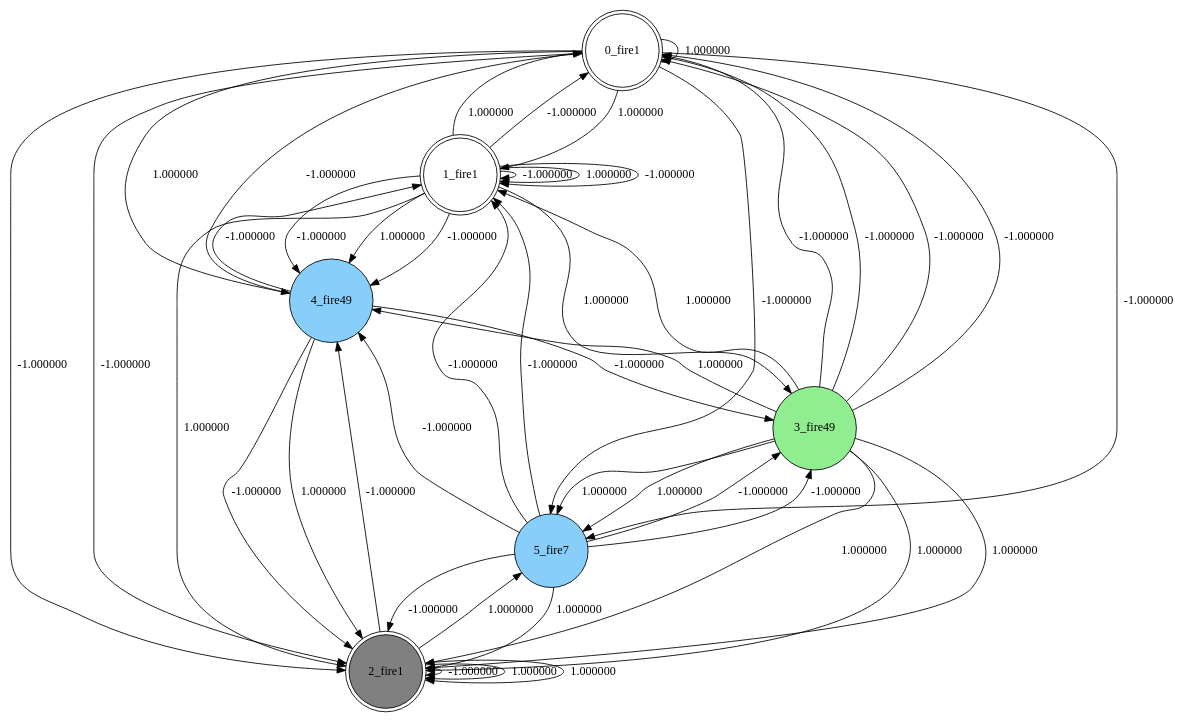
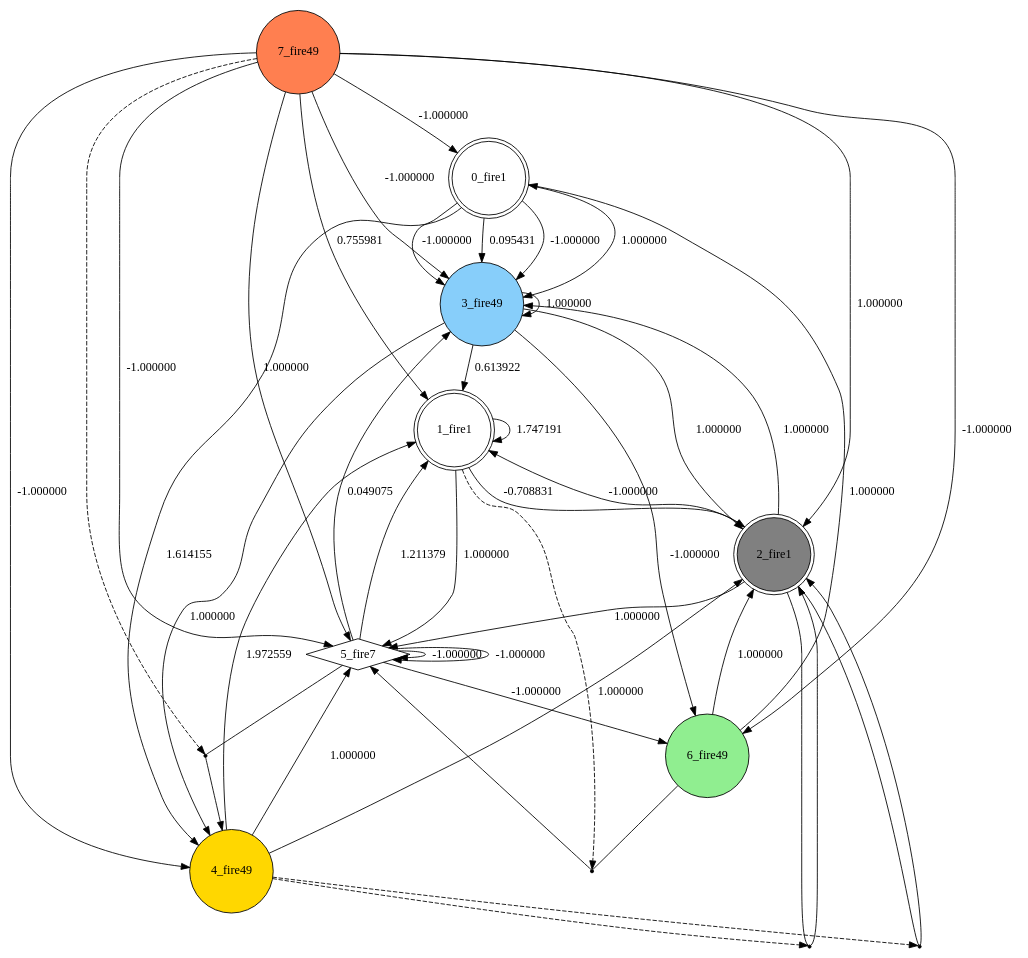
One commit to tim-ufer/SUNA-NOC changed the diagram in best_individual.dot. Above: the diagram before and after it, drawn with Graphviz. The commit also changed 6 other files, not shown here.

```diff
--- a/best_individual.dot
+++ b/best_individual.dot
@@ -1,54 +1,61 @@
 digraph G {
  node[shape = circle]
 0 [label="0_fire1",shape=doublecircle]
 1 [label="1_fire1",shape=doublecircle]
 2 [label="2_fire1",shape=doublecircle, style=filled, fillcolor=gray]
-3 [label="3_fire49",style=filled, fillcolor=lightgreen]
-4 [label="4_fire49",style=filled, fillcolor=lightskyblue]
-5 [label="5_fire7",style=filled, fillcolor=lightskyblue]
-0 -> 4 [label="1.000000"]
-3 -> 1 [label="1.000000"]
-5 -> 2 [label="-1.000000"]
-1 -> 0 [label="1.000000"]
-1 -> 1 [label="-1.000000"]
-2 -> 2 [label="-1.000000"]
-5 -> 1 [label="-1.000000"]
-1 -> 1 [label="1.000000"]
-3 -> 0 [label="-1.000000"]
-5 -> 3 [label="-1.000000"]
-2 -> 2 [label="1.000000"]
-1 -> 4 [label="-1.000000"]
-3 -> 0 [label="-1.000000"]
+3 [label="3_fire49",style=filled, fillcolor=lightskyblue]
+4 [label="4_fire49",style=filled, fillcolor=gold]
+5 [label="5_fire7",shape=diamond]
+6 [label="6_fire49",style=filled, fillcolor=lightgreen]
+7 [label="7_fire49",style=filled, fillcolor=coral]
+8 [shape=point, label=""]
+4 -> 8 [style=dashed] 
+2 -> 8 [dir=none]
+8 -> 2 
+1 -> 1 [label="1.747191"]
+2 -> 5 [label="1.000000"]
+1 -> 2 [label="-0.708831"]
 3 -> 2 [label="1.000000"]
-5 -> 3 [label="-1.000000"]
-1 -> 0 [label="-1.000000"]
-3 -> 0 [label="-1.000000"]
-0 -> 5 [label="-1.000000"]
-5 -> 2 [label="1.000000"]
-3 -> 5 [label="1.000000"]
-0 -> 0 [label="1.000000"]
+5 -> 6 [label="-1.000000"]
+0 -> 3 [label="0.095431"]
+7 -> 4 [label="-1.000000"]
+4 -> 1 [label="1.972559"]
+6 -> 0 [label="1.000000"]
+5 -> 1 [label="1.211379"]
+4 -> 5 [label="1.000000"]
+5 -> 3 [label="0.049075"]
+9 [shape=point, label=""]
+4 -> 9 [style=dashed] 
+2 -> 9 [dir=none]
+9 -> 2 
+7 -> 1 [label="0.755981"]
+10 [shape=point, label=""]
+1 -> 10 [style=dashed] 
+6 -> 10 [dir=none]
+10 -> 5 
+3 -> 1 [label="0.613922"]
+0 -> 4 [label="1.614155"]
+3 -> 3 [label="1.000000"]
+7 -> 3 [label="-1.000000"]
+5 -> 5 [label="-1.000000"]
+1 -> 5 [label="1.000000"]
+7 -> 5 [label="-1.000000"]
+2 -> 3 [label="1.000000"]
 4 -> 2 [label="1.000000"]
-1 -> 4 [label="1.000000"]
-2 -> 5 [label="1.000000"]
-3 -> 0 [label="-1.000000"]
-2 -> 2 [label="1.000000"]
-0 -> 5 [label="-1.000000"]
-0 -> 2 [label="-1.000000"]
-0 -> 1 [label="1.000000"]
-4 -> 3 [label="-1.000000"]
-4 -> 1 [label="-1.000000"]
-4 -> 2 [label="-1.000000"]
-1 -> 1 [label="-1.000000"]
-3 -> 5 [label="1.000000"]
+0 -> 3 [label="-1.000000"]
 3 -> 4 [label="1.000000"]
-0 -> 2 [label="-1.000000"]
-1 -> 2 [label="1.000000"]
-5 -> 1 [label="-1.000000"]
-2 -> 4 [label="-1.000000"]
-3 -> 2 [label="1.000000"]
-3 -> 2 [label="1.000000"]
-5 -> 4 [label="-1.000000"]
-4 -> 0 [label="-1.000000"]
-1 -> 3 [label="1.000000"]
-1 -> 4 [label="-1.000000"]
+2 -> 1 [label="-1.000000"]
+11 [shape=point, label=""]
+7 -> 11 [style=dashed] 
+5 -> 11 [dir=none]
+11 -> 4 
+0 -> 3 [label="1.000000"]
+6 -> 2 [label="1.000000"]
+0 -> 3 [label="-1.000000"]
+7 -> 2 [label="1.000000"]
+7 -> 5 [label="1.000000"]
+3 -> 6 [label="-1.000000"]
+7 -> 0 [label="-1.000000"]
+5 -> 5 [label="-1.000000"]
+7 -> 6 [label="-1.000000"]
 }
```
